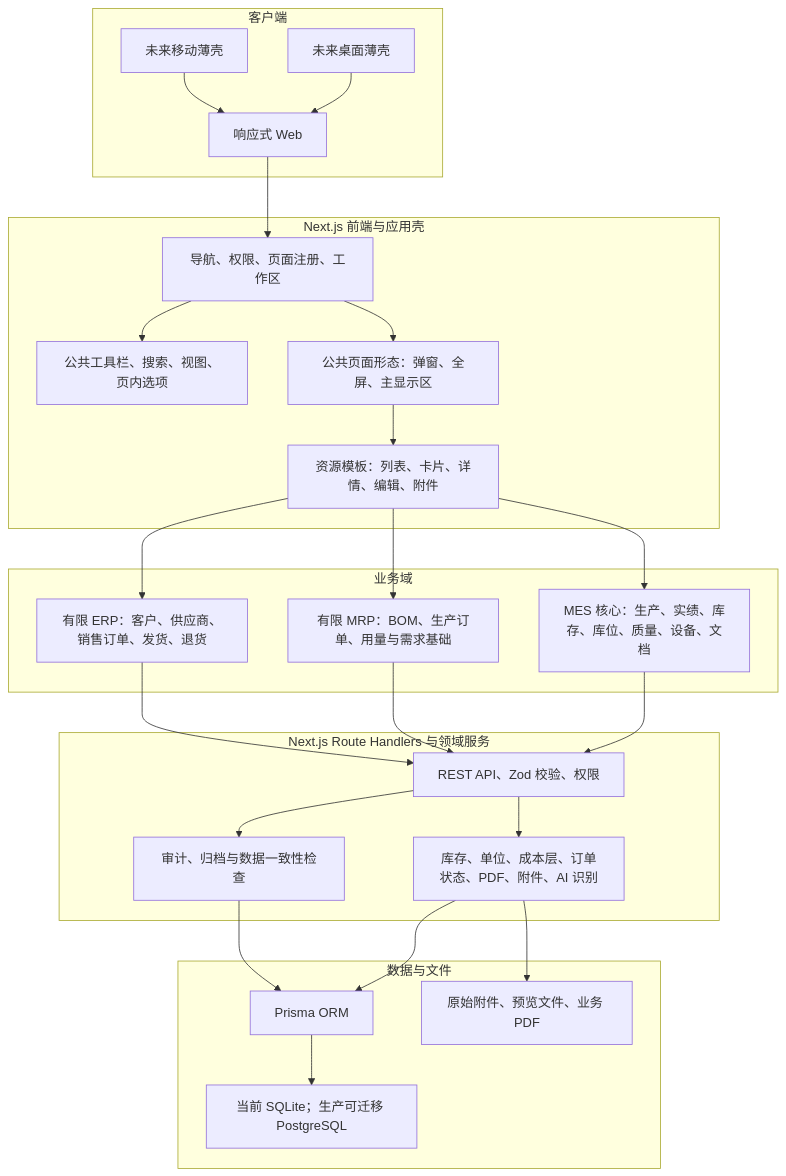
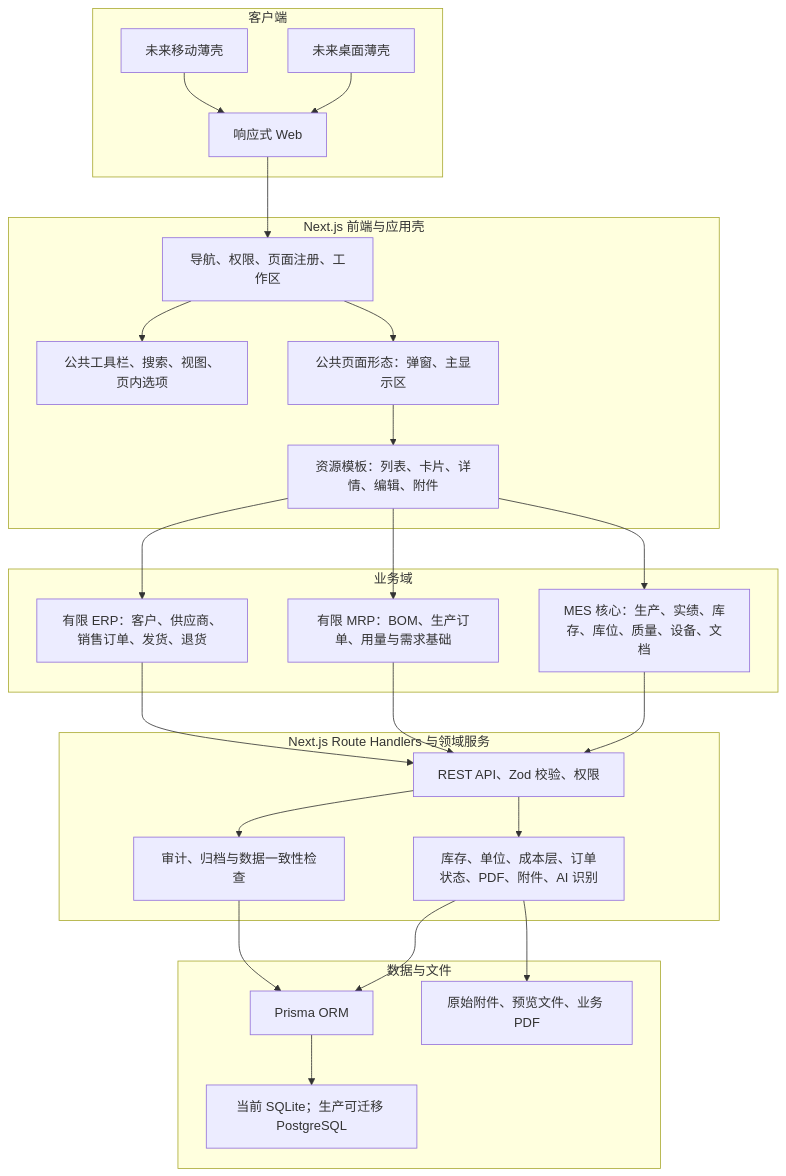
The first of 2 diagrams in docs/architecture/系统结构图.md (goldf2/mes-lite), drawn with Mermaid before and after one commit. The commit also changed other lines of this file and 28 other files, not shown here.

````diff
--- a/docs/architecture/系统结构图.md
+++ b/docs/architecture/系统结构图.md
@@ -5,52 +5,52 @@
 ```mermaid
 flowchart TB
   subgraph Client["客户端"]
     Web["响应式 Web"]
     Desktop["未来桌面薄壳"]
     Mobile["未来移动薄壳"]
   end
 
   subgraph Frontend["Next.js 前端与应用壳"]
     Shell["导航、权限、页面注册、工作区"]
     Toolbar["公共工具栏、搜索、视图、页内选项"]
-    Presentation["公共页面形态：弹窗、全屏、主显示区"]
+    Presentation["公共页面形态：弹窗、主显示区"]
     Resource["资源模板：列表、卡片、详情、编辑、附件"]
   end
 
   subgraph Domain["业务域"]
     MES["MES 核心：生产、实绩、库存、库位、质量、设备、文档"]
     MRP["有限 MRP：BOM、生产订单、用量与需求基础"]
     ERP["有限 ERP：客户、供应商、销售订单、发货、退货"]
   end
 
   subgraph Server["Next.js Route Handlers 与领域服务"]
     API["REST API、Zod 校验、权限"]
     Services["库存、单位、成本层、订单状态、PDF、附件、AI 识别"]
     Audit["审计、归档与数据一致性检查"]
   end
 
   subgraph Data["数据与文件"]
     Prisma["Prisma ORM"]
     DB["当前 SQLite；生产可迁移 PostgreSQL"]
     Storage["原始附件、预览文件、业务 PDF"]
   end
 
   Web --> Shell
   Desktop --> Web
   Mobile --> Web
   Shell --> Toolbar
   Shell --> Presentation
   Presentation --> Resource
   Resource --> MES
   Resource --> MRP
   Resource --> ERP
   MES --> API
   MRP --> API
   ERP --> API
   API --> Services
   API --> Audit
   Services --> Prisma
   Audit --> Prisma
   Prisma --> DB
   Services --> Storage
 ```
````
